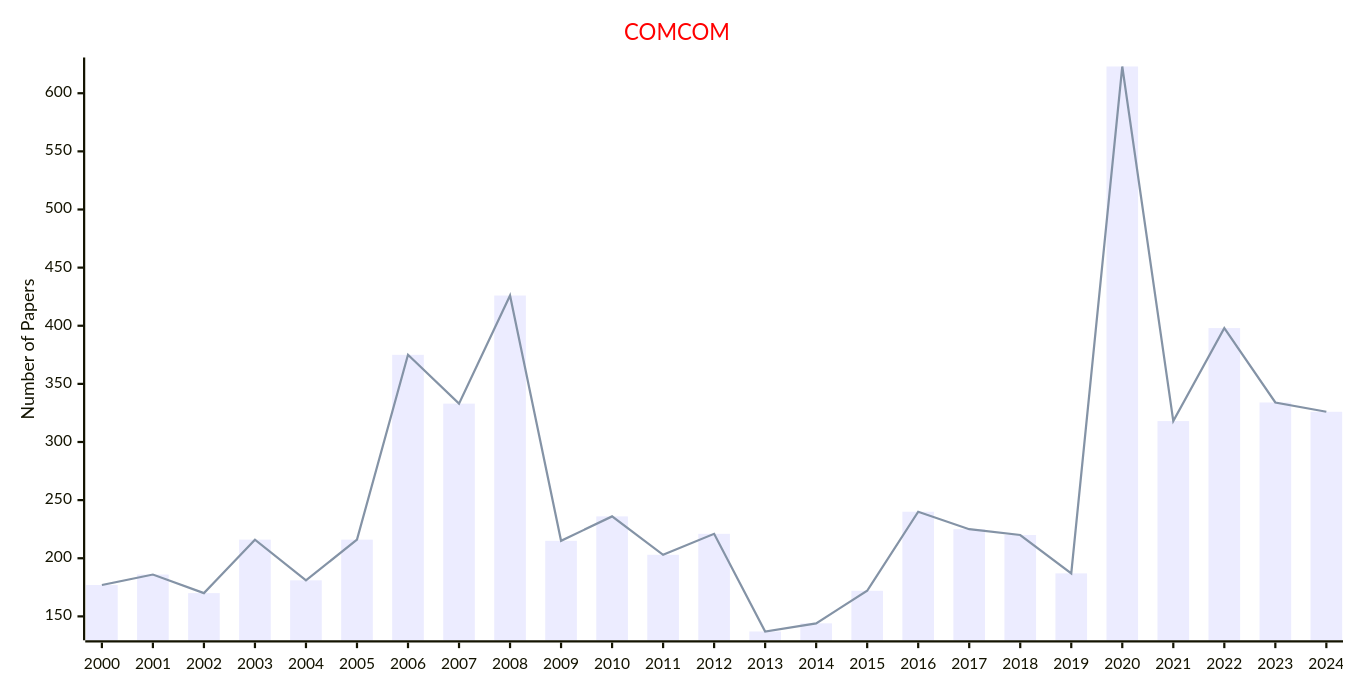
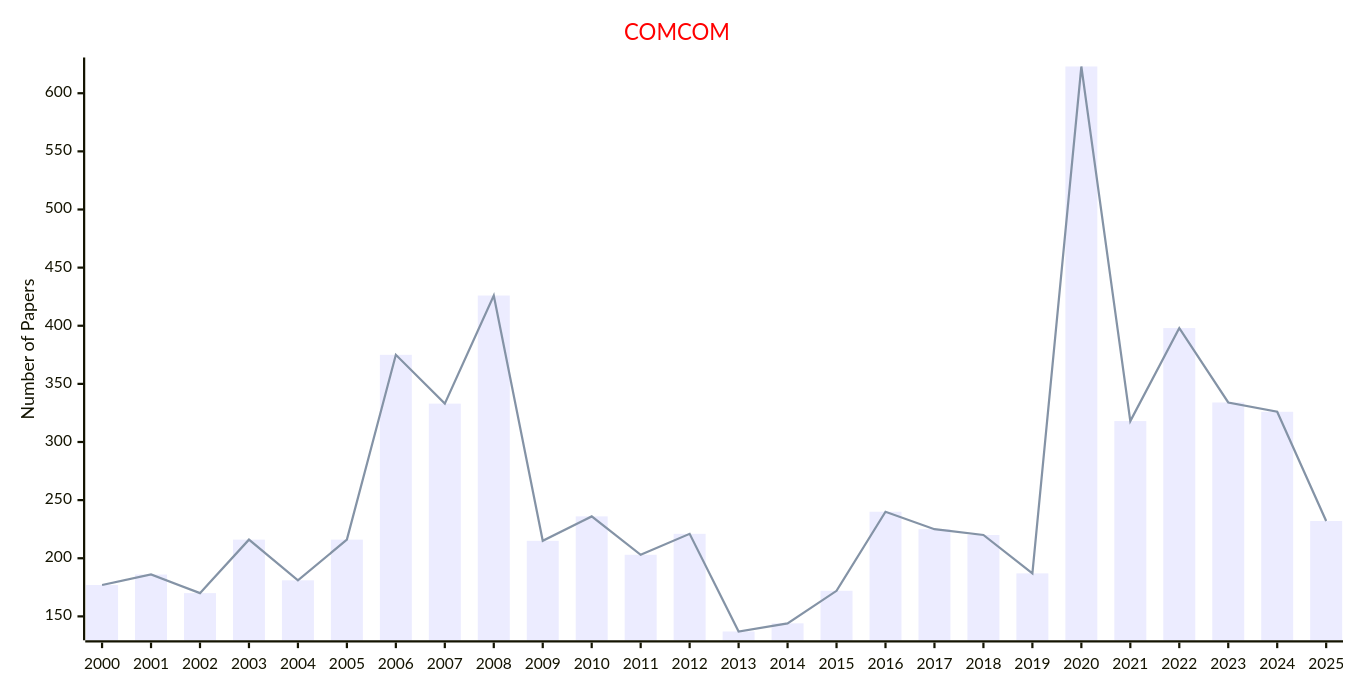
The diagram in docs/data/Journals/Statistics_Journals/Communication_Networks.md (Easy-PhD/AILinks), drawn with Mermaid before and after one commit. The commit also changed 107 other files, not shown here.

````diff
--- a/docs/data/Journals/Statistics_Journals/Communication_Networks.md
+++ b/docs/data/Journals/Statistics_Journals/Communication_Networks.md
@@ -9,17 +9,17 @@
 ```mermaid
 ---
 config:
     xyChart:
         width: 1200
         height: 600
     themeVariables:
         xyChart:
             titleColor: "#ff0000"
 ---
 xychart-beta
     title "COMCOM"
-    x-axis [2000, 2001, 2002, 2003, 2004, 2005, 2006, 2007, 2008, 2009, 2010, 2011, 2012, 2013, 2014, 2015, 2016, 2017, 2018, 2019, 2020, 2021, 2022, 2023, 2024]
+    x-axis [2000, 2001, 2002, 2003, 2004, 2005, 2006, 2007, 2008, 2009, 2010, 2011, 2012, 2013, 2014, 2015, 2016, 2017, 2018, 2019, 2020, 2021, 2022, 2023, 2024, 2025]
     y-axis "Number of Papers"
-    bar [177, 186, 170, 216, 181, 216, 375, 333, 426, 215, 236, 203, 221, 137, 144, 172, 240, 225, 220, 187, 623, 318, 398, 334, 326]
-    line [177, 186, 170, 216, 181, 216, 375, 333, 426, 215, 236, 203, 221, 137, 144, 172, 240, 225, 220, 187, 623, 318, 398, 334, 326]
+    bar [177, 186, 170, 216, 181, 216, 375, 333, 426, 215, 236, 203, 221, 137, 144, 172, 240, 225, 220, 187, 623, 318, 398, 334, 326, 232]
+    line [177, 186, 170, 216, 181, 216, 375, 333, 426, 215, 236, 203, 221, 137, 144, 172, 240, 225, 220, 187, 623, 318, 398, 334, 326, 232]
 ```
````
